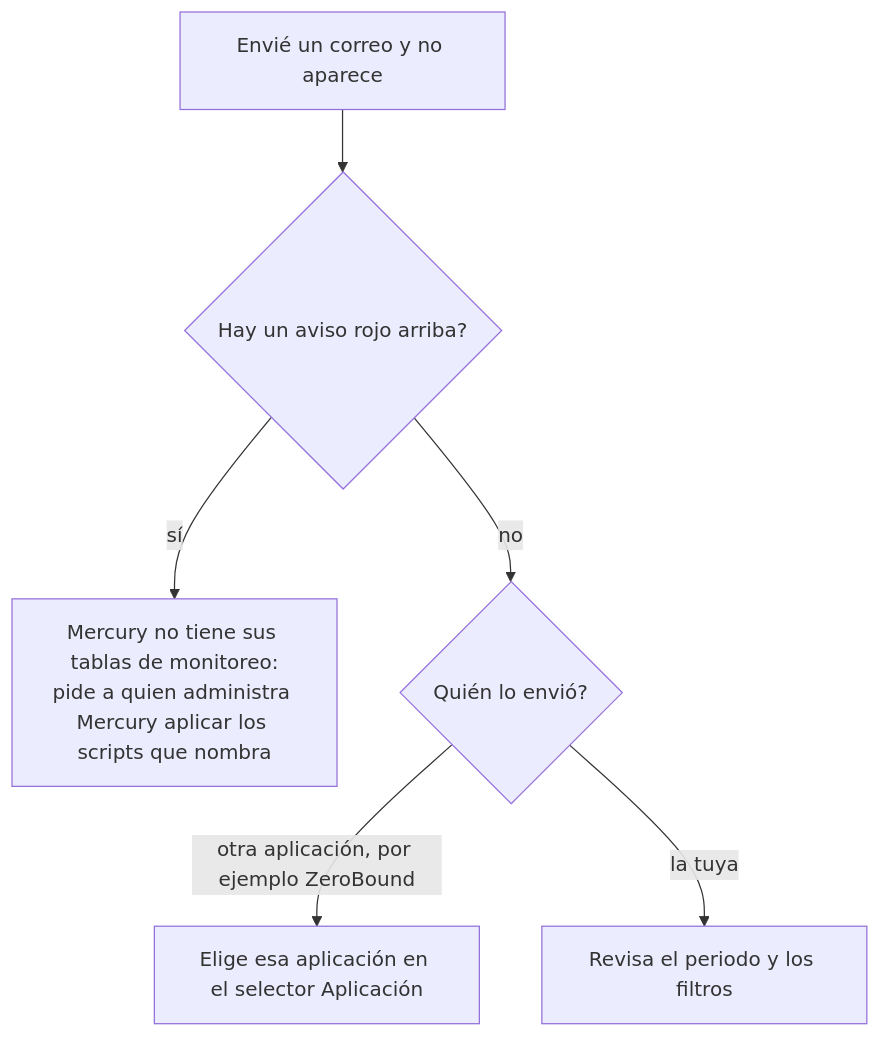
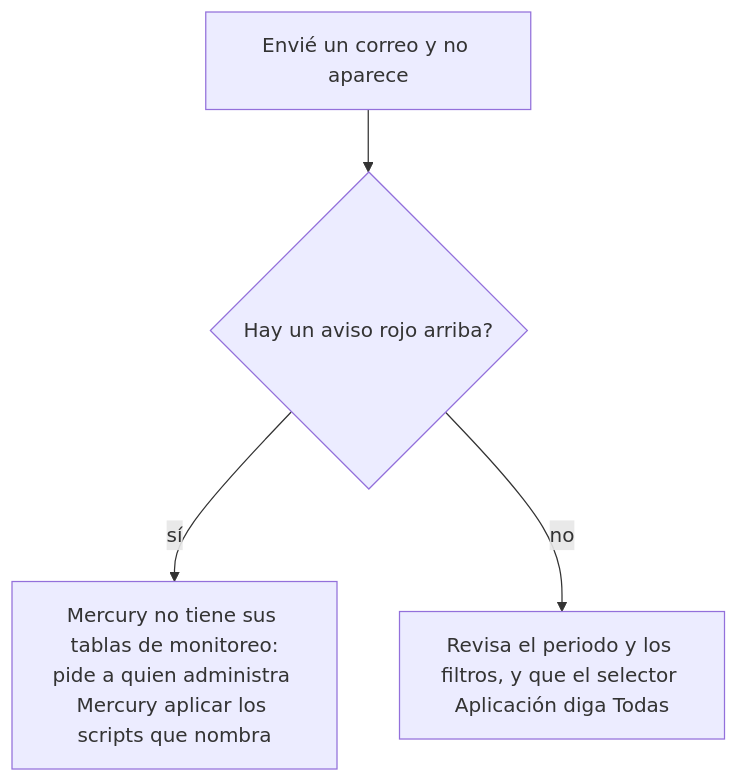
Before and after one commit to um-dev-creative/iris: the sixth of 6 diagrams in docs/user/manual-operador.md, drawn with Mermaid. The commit also changed other lines of this file and 13 other files, not shown here.

````diff
--- a/docs/user/manual-operador.md
+++ b/docs/user/manual-operador.md
@@ -217,8 +217,6 @@
 ```mermaid
 flowchart TD
     A[Envié un correo y no aparece] --> B{Hay un aviso rojo arriba?}
     B -->|sí| C[Mercury no tiene sus tablas de monitoreo:<br/>pide a quien administra Mercury aplicar los scripts que nombra]
-    B -->|no| D{Quién lo envió?}
-    D -->|otra aplicación, por ejemplo ZeroBound| E[Elige esa aplicación en el selector Aplicación]
-    D -->|la tuya| F[Revisa el periodo y los filtros]
+    B -->|no| D[Revisa el periodo y los filtros, y que el selector Aplicación diga Todas]
 ```
````
